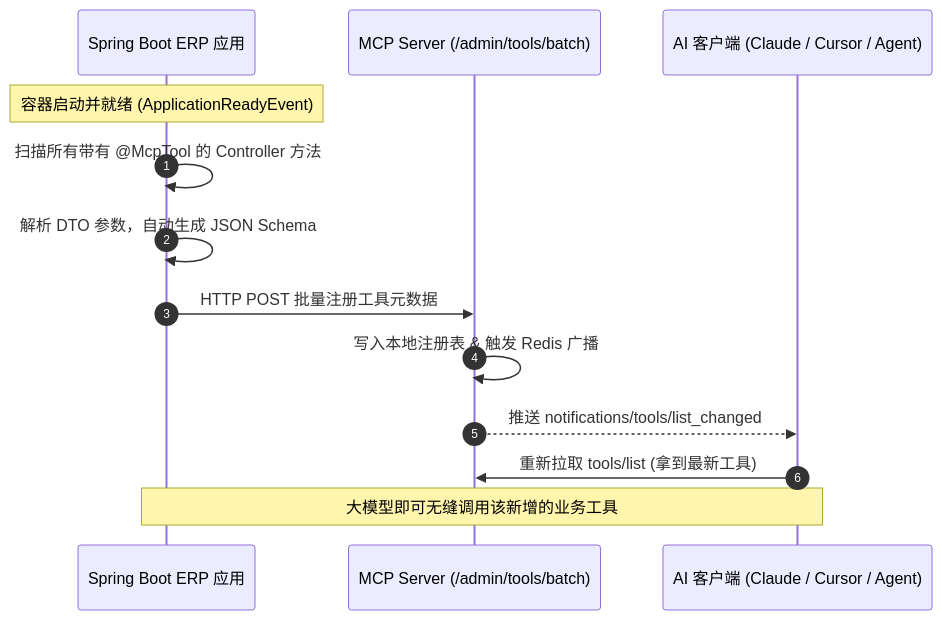
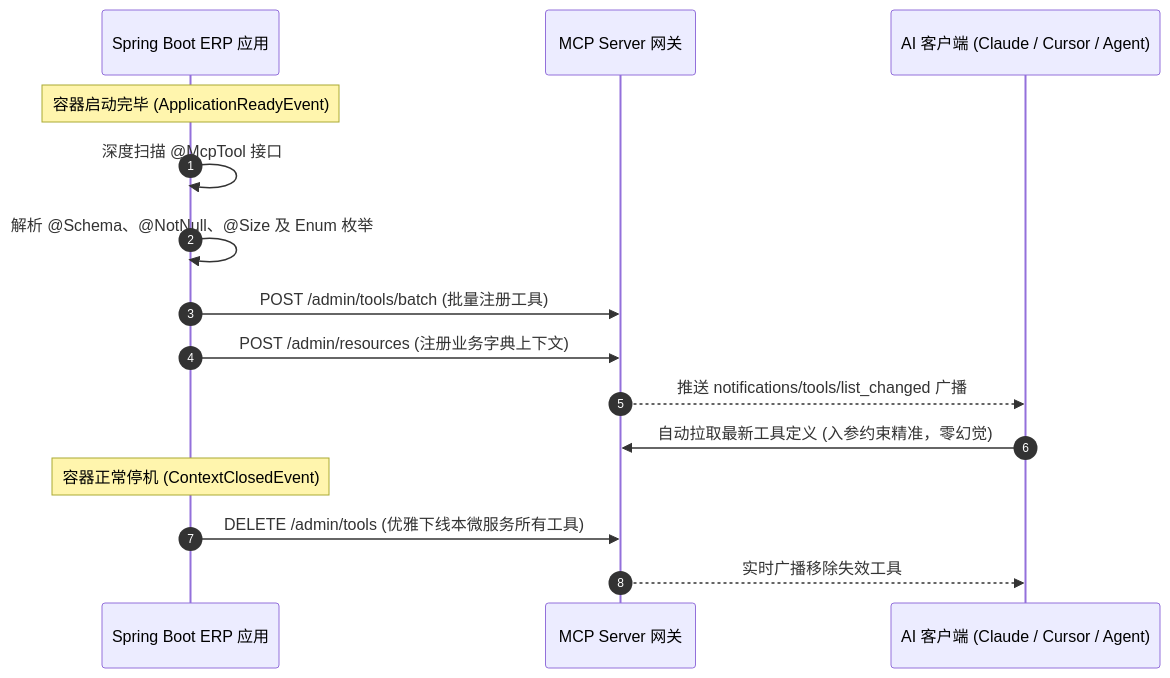
The diagram in docs/springboot-mcp-guide.md (AyanamiRay/erp-mcp-server), drawn with Mermaid before and after one commit. The commit also changed other lines of this file and 11 other files, not shown here.

````diff
--- a/docs/springboot-mcp-guide.md
+++ b/docs/springboot-mcp-guide.md
@@ -9,16 +9,19 @@
 ```mermaid
 sequenceDiagram
     autonumber
     participant SpringBoot as Spring Boot ERP 应用
-    participant MCPServer as MCP Server (/admin/tools/batch)
+    participant MCPServer as MCP Server 网关
     participant Client as AI 客户端 (Claude / Cursor / Agent)
 
-    Note over SpringBoot: 容器启动并就绪 (ApplicationReadyEvent)
-    SpringBoot->>SpringBoot: 扫描所有带有 @McpTool 的 Controller 方法
-    SpringBoot->>SpringBoot: 解析 DTO 参数，自动生成 JSON Schema
-    SpringBoot->>MCPServer: HTTP POST 批量注册工具元数据
-    MCPServer->>MCPServer: 写入本地注册表 & 触发 Redis 广播
-    MCPServer-->>Client: 推送 notifications/tools/list_changed
-    Client->>MCPServer: 重新拉取 tools/list (拿到最新工具)
-    Note over Client, SpringBoot: 大模型即可无缝调用该新增的业务工具
+    Note over SpringBoot: 容器启动完毕 (ApplicationReadyEvent)
+    SpringBoot->>SpringBoot: 深度扫描 @McpTool 接口
+    SpringBoot->>SpringBoot: 解析 @Schema、@NotNull、@Size 及 Enum 枚举
+    SpringBoot->>MCPServer: POST /admin/tools/batch (批量注册工具)
+    SpringBoot->>MCPServer: POST /admin/resources (注册业务字典上下文)
+    MCPServer-->>Client: 推送 notifications/tools/list_changed 广播
+    Client->>MCPServer: 自动拉取最新工具定义 (入参约束精准，零幻觉)
+    
+    Note over SpringBoot: 容器正常停机 (ContextClosedEvent)
+    SpringBoot->>MCPServer: DELETE /admin/tools (优雅下线本微服务所有工具)
+    MCPServer-->>Client: 实时广播移除失效工具
 ```
````
